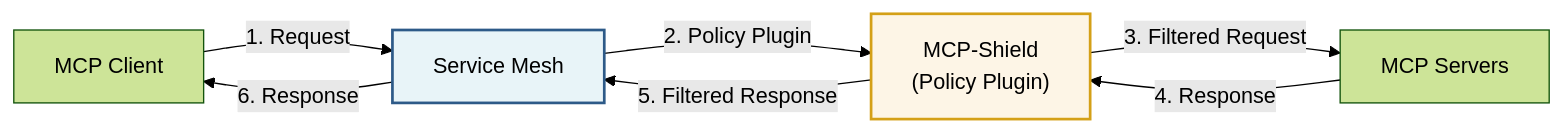
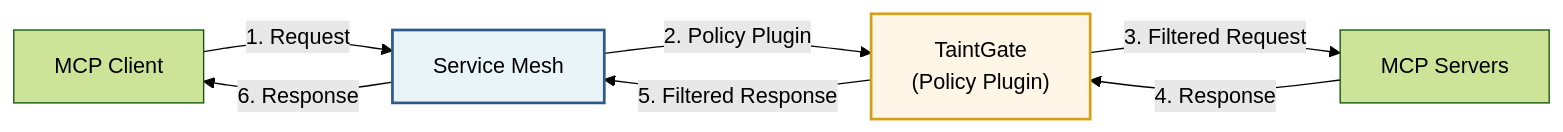
One commit to kiranv926/mcp-shield changed the eighth of 8 diagrams in ARCHITECTURE.md. Above: the diagram before and after it, drawn with Mermaid (forest theme). The commit also changed other lines of this file and 67 other files, not shown here.

First line of the commit message:
refactor(brand): rename MCP-Shield -> TaintGate across the project

````diff
--- a/ARCHITECTURE.md
+++ b/ARCHITECTURE.md
@@ -514,12 +514,12 @@
 ```mermaid
 graph LR
     Client["MCP Client"] -->|"1. Request"| Mesh["Service Mesh"]
-    Mesh -->|"2. Policy Plugin"| Shield["MCP-Shield<br/>(Policy Plugin)"]
+    Mesh -->|"2. Policy Plugin"| Shield["TaintGate<br/>(Policy Plugin)"]
     Shield -->|"3. Filtered Request"| Servers["MCP Servers"]
     Servers -->|"4. Response"| Shield
     Shield -->|"5. Filtered Response"| Mesh
     Mesh -->|"6. Response"| Client
     
     style Shield fill:#fdf5e6,stroke:#d4a017,stroke-width:2px
     style Mesh fill:#e8f4f8,stroke:#2d5a88,stroke-width:2px
 ```
````
